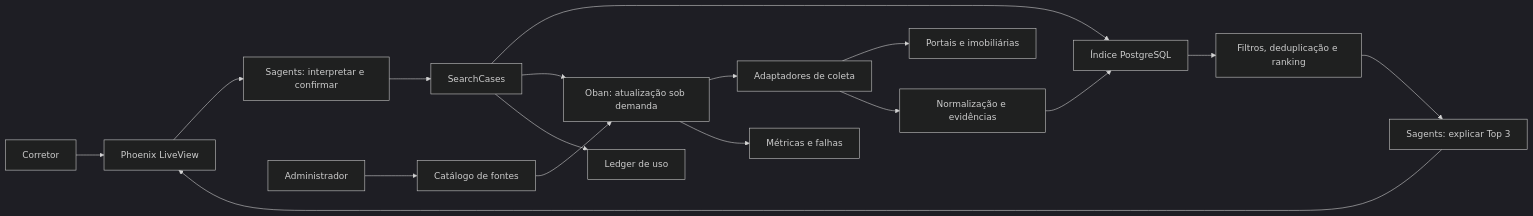
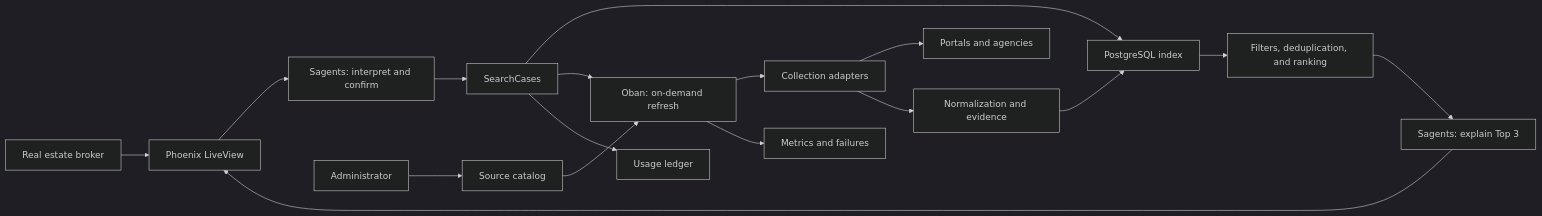
Before and after one commit to theguuholi/house_search: the diagram in ARCHITECTURE.md, drawn with Mermaid (dark theme). The commit also changed other lines of this file and 2 other files, not shown here.

````diff
--- a/ARCHITECTURE.md
+++ b/ARCHITECTURE.md
@@ -51,19 +51,19 @@
 ```mermaid
 flowchart LR
-  B["Corretor"] --> LV["Phoenix LiveView"]
-  LV --> AG["Sagents: interpretar e confirmar"]
+  B["Real estate broker"] --> LV["Phoenix LiveView"]
+  LV --> AG["Sagents: interpret and confirm"]
   AG --> SC["SearchCases"]
-  SC --> IDX["Índice PostgreSQL"]
-  SC --> OB["Oban: atualização sob demanda"]
-  ADM["Administrador"] --> SRC["Catálogo de fontes"]
+  SC --> IDX["PostgreSQL index"]
+  SC --> OB["Oban: on-demand refresh"]
+  ADM["Administrator"] --> SRC["Source catalog"]
   SRC --> OB
-  OB --> ADP["Adaptadores de coleta"]
-  ADP --> WEB["Portais e imobiliárias"]
-  ADP --> ING["Normalização e evidências"]
+  OB --> ADP["Collection adapters"]
+  ADP --> WEB["Portals and agencies"]
+  ADP --> ING["Normalization and evidence"]
   ING --> IDX
-  IDX --> RANK["Filtros, deduplicação e ranking"]
-  RANK --> EXP["Sagents: explicar Top 3"]
+  IDX --> RANK["Filters, deduplication, and ranking"]
+  RANK --> EXP["Sagents: explain Top 3"]
   EXP --> LV
-  SC --> USE["Ledger de uso"]
-  OB --> OBS["Métricas e falhas"]
+  SC --> USE["Usage ledger"]
+  OB --> OBS["Metrics and failures"]
 ```
````
